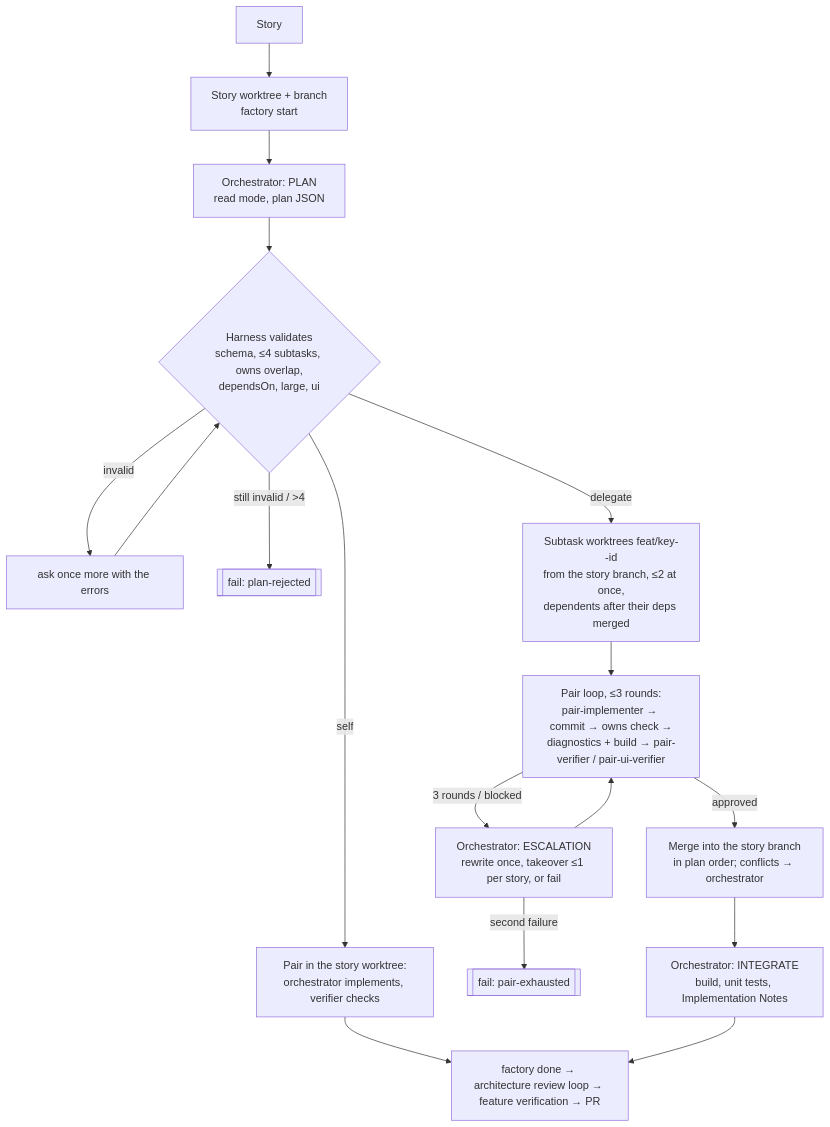
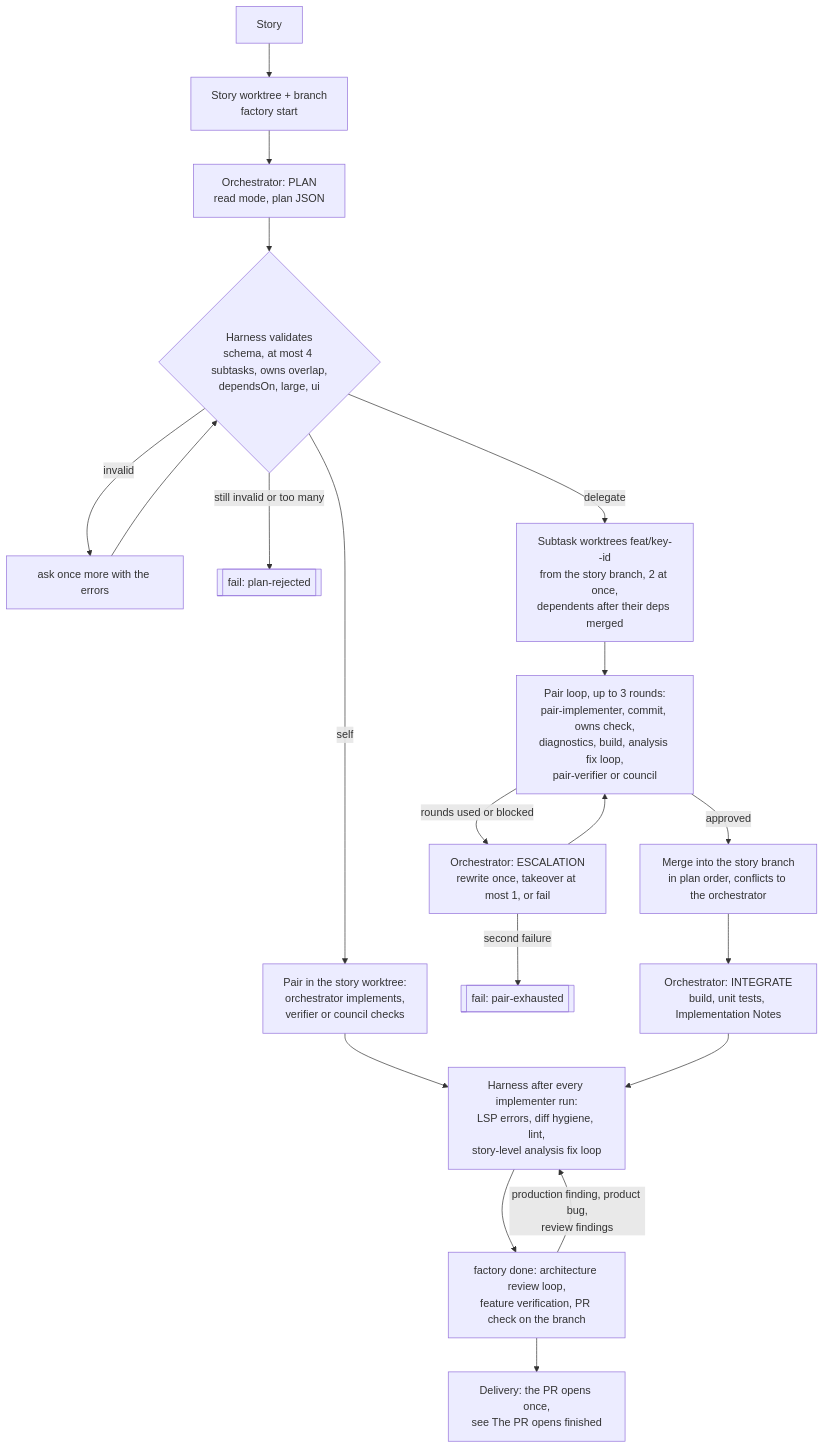
One commit to armandodollia-slalom/ai-app-factory-public changed the second of 2 diagrams in docs/ai-pipeline/implement.md. Above: the diagram before and after it, drawn with Mermaid. The commit also changed other lines of this file and 157 other files, not shown here.

````diff
--- a/docs/ai-pipeline/implement.md
+++ b/docs/ai-pipeline/implement.md
@@ -87,18 +103,21 @@
 ```mermaid
 flowchart TD
-  S[Story] --> W[Story worktree + branch<br/>factory start]
-  W --> P[Orchestrator: PLAN<br/>read mode, plan JSON]
-  P --> V{Harness validates<br/>schema, ≤4 subtasks, owns overlap,<br/>dependsOn, large, ui}
-  V -->|invalid| P2[ask once more with the errors] --> V
-  V -->|still invalid / >4| F[[fail: plan-rejected]]
-  V -->|self| SP[Pair in the story worktree:<br/>orchestrator implements, verifier checks]
-  V -->|delegate| D[Subtask worktrees feat/key--id<br/>from the story branch, ≤2 at once,<br/>dependents after their deps merged]
-  D --> PR[Pair loop, ≤3 rounds:<br/>pair-implementer → commit → owns check →<br/>diagnostics + build → pair-verifier / pair-ui-verifier]
-  PR -->|approved| M[Merge into the story branch<br/>in plan order; conflicts → orchestrator]
-  PR -->|3 rounds / blocked| E[Orchestrator: ESCALATION<br/>rewrite once, takeover ≤1 per story, or fail]
+  S["Story"] --> W["Story worktree + branch<br/>factory start"]
+  W --> P["Orchestrator: PLAN<br/>read mode, plan JSON"]
+  P --> V{"Harness validates<br/>schema, at most 4 subtasks, owns overlap,<br/>dependsOn, large, ui"}
+  V -->|"invalid"| P2["ask once more with the errors"] --> V
+  V -->|"still invalid or too many"| F[["fail: plan-rejected"]]
+  V -->|"self"| SP["Pair in the story worktree:<br/>orchestrator implements,<br/>verifier or council checks"]
+  V -->|"delegate"| D["Subtask worktrees feat/key--id<br/>from the story branch, 2 at once,<br/>dependents after their deps merged"]
+  D --> PR["Pair loop, up to 3 rounds:<br/>pair-implementer, commit, owns check,<br/>diagnostics, build, analysis fix loop,<br/>pair-verifier or council"]
+  PR -->|"approved"| M["Merge into the story branch<br/>in plan order, conflicts to the orchestrator"]
+  PR -->|"rounds used or blocked"| E["Orchestrator: ESCALATION<br/>rewrite once, takeover at most 1, or fail"]
   E --> PR
-  E -->|second failure| F2[[fail: pair-exhausted]]
-  M --> I[Orchestrator: INTEGRATE<br/>build, unit tests, Implementation Notes]
-  SP --> R
-  I --> R[factory done → architecture review loop → feature verification → PR]
+  E -->|"second failure"| F2[["fail: pair-exhausted"]]
+  M --> I["Orchestrator: INTEGRATE<br/>build, unit tests, Implementation Notes"]
+  SP --> H
+  I --> H["Harness after every implementer run:<br/>LSP errors, diff hygiene, lint,<br/>story-level analysis fix loop"]
+  H --> R["factory done: architecture review loop,<br/>feature verification, PR check on the branch"]
+  R -->|"production finding, product bug,<br/>review findings"| H
+  R --> DL["Delivery: the PR opens once,<br/>see The PR opens finished"]
 ```
````
